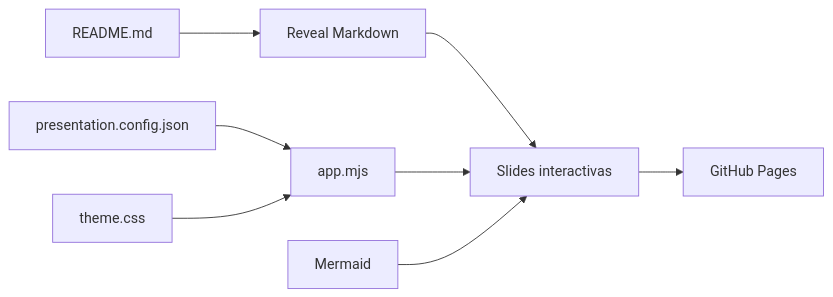
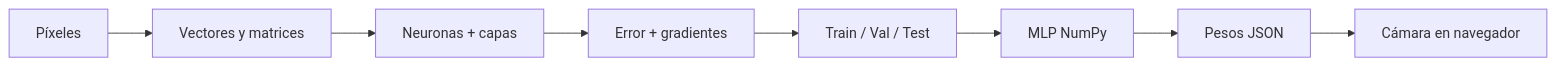
The first of 7 diagrams in README.md (jorgektch/tu-primera-red-neuronal), drawn with Mermaid before and after one commit. The commit also changed other lines of this file and 66 other files, not shown here.

````diff
--- a/README.md
+++ b/README.md
@@ -121,10 +68,10 @@
 ```mermaid
 flowchart LR
-    A["README.md"] --> B["Reveal Markdown"]
-    C["presentation.config.json"] --> D["app.mjs"]
-    E["theme.css"] --> D
-    B --> F["Slides interactivas"]
-    D --> F
-    G["Mermaid"] --> F
-    F --> H["GitHub Pages"]
+    A["Píxeles"] --> B["Vectores y matrices"]
+    B --> C["Neuronas + capas"]
+    C --> D["Error + gradientes"]
+    D --> E["Train / Val / Test"]
+    E --> F["MLP NumPy"]
+    F --> G["Pesos JSON"]
+    G --> H["Cámara en navegador"]
 ```
````
